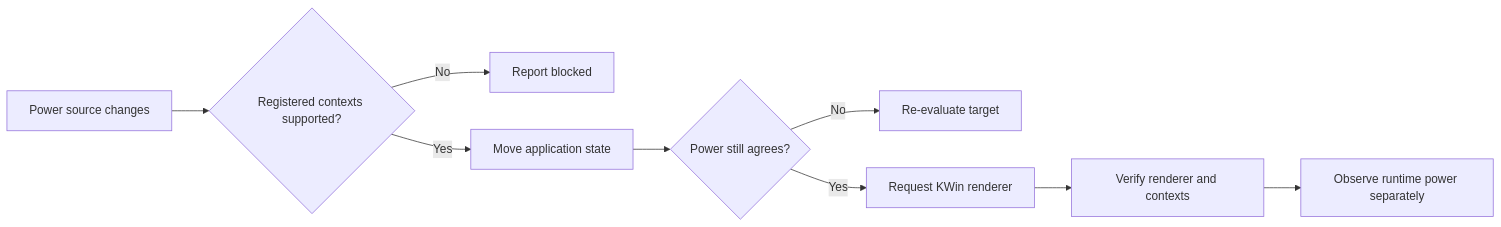
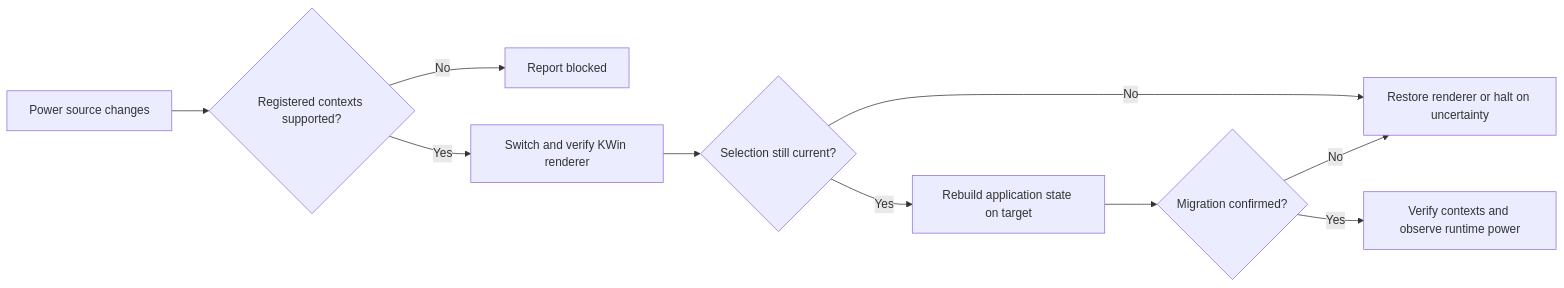
The diagram in docs/how-it-works.md (ilyasmohaimel/frost-gpu), drawn with Mermaid before and after one commit. The commit also changed other lines of this file and 5 other files, not shown here.

Commit message:
Fix renderer ordering before application buffer rebuilds

````diff
--- a/docs/how-it-works.md
+++ b/docs/how-it-works.md
@@ -46,11 +52,12 @@
 ```mermaid
 flowchart LR
   A[Power source changes] --> B{Registered contexts supported?}
   B -->|No| C[Report blocked]
-  B -->|Yes| D[Move application state]
-  D --> E{Power still agrees?}
-  E -->|No| F[Re-evaluate target]
-  E -->|Yes| G[Request KWin renderer]
-  G --> H[Verify renderer and contexts]
-  H --> I[Observe runtime power separately]
+  B -->|Yes| D[Switch and verify KWin renderer]
+  D --> E{Selection still current?}
+  E -->|No| F[Restore renderer or halt on uncertainty]
+  E -->|Yes| G[Rebuild application state on target]
+  G --> H{Migration confirmed?}
+  H -->|No| F
+  H -->|Yes| I[Verify contexts and observe runtime power]
 ```
````
